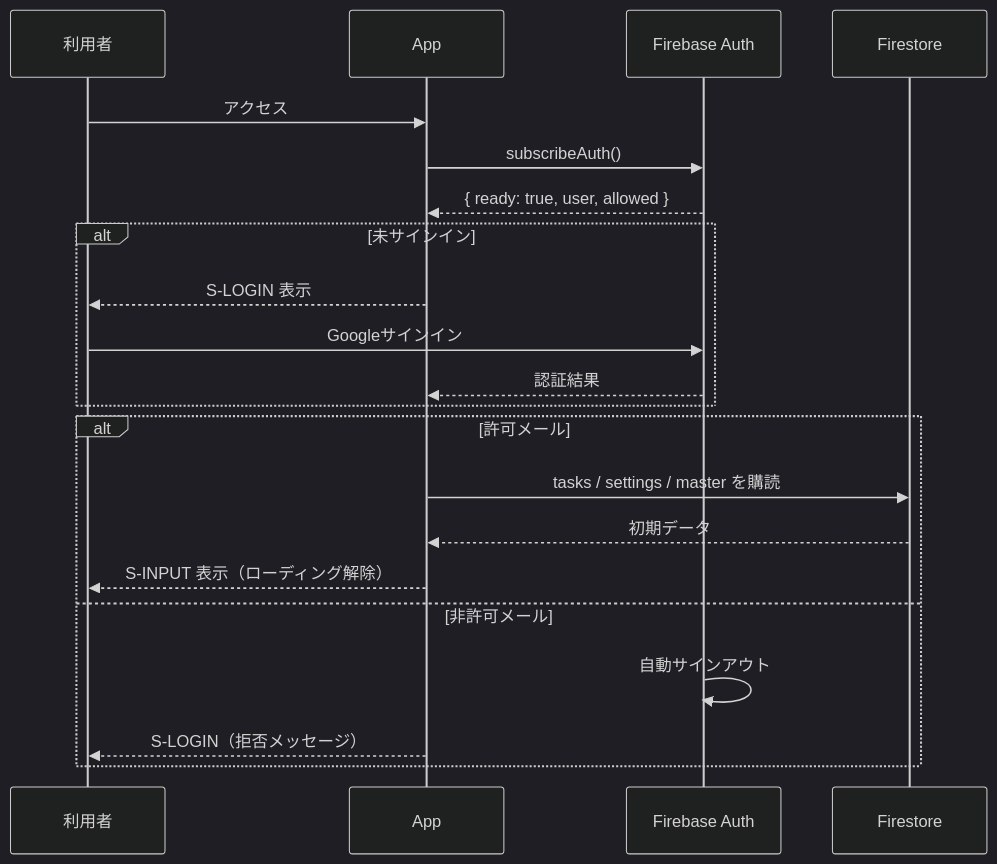
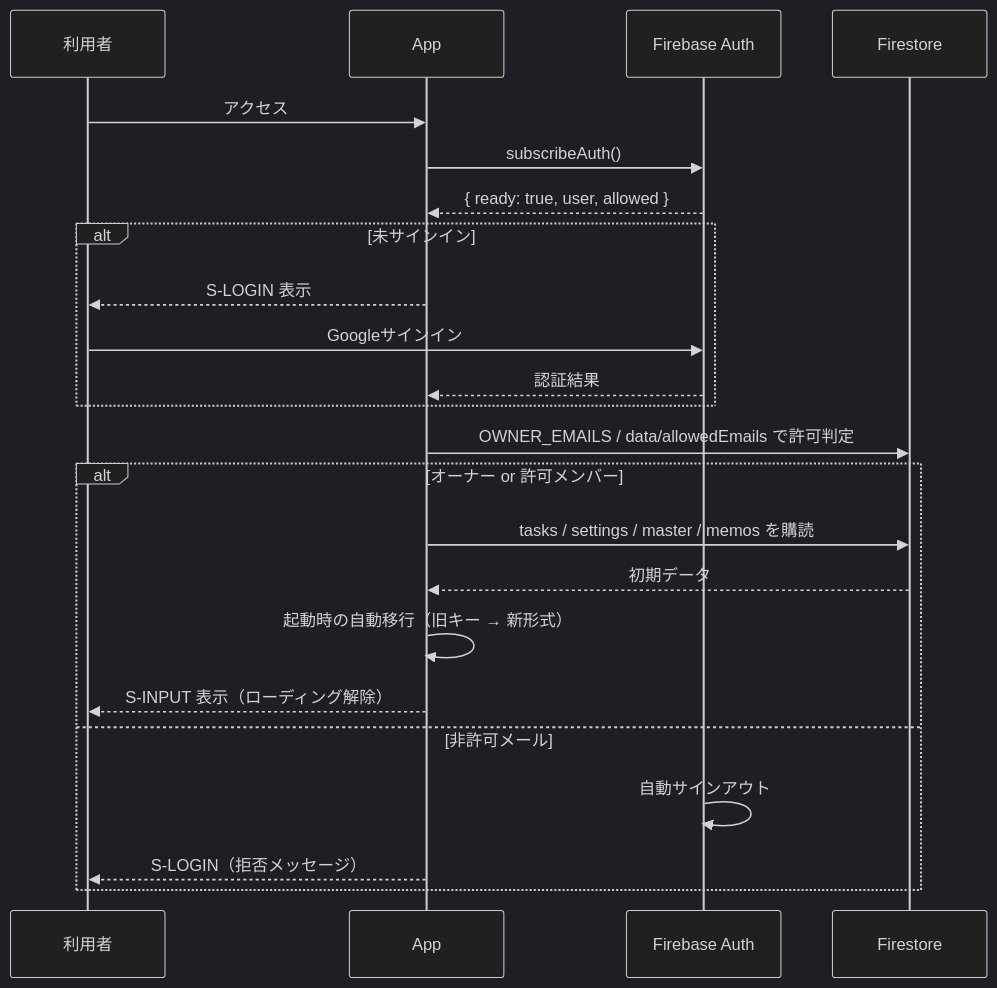
One commit to NAKAMUAR/koutei-zu changed the eighth of 8 diagrams in docs/05_画面遷移図.md. Above: the diagram before and after it, drawn with Mermaid (dark theme). The commit also changed other lines of this file and 5 other files, not shown here.

````diff
--- a/docs/05_画面遷移図.md
+++ b/docs/05_画面遷移図.md
@@ -187,24 +280,26 @@
 ```mermaid
 sequenceDiagram
     participant U as 利用者
     participant App as App
     participant Auth as Firebase Auth
     participant FS as Firestore
 
     U->>App: アクセス
     App->>Auth: subscribeAuth()
     Auth-->>App: { ready: true, user, allowed }
     alt 未サインイン
         App-->>U: S-LOGIN 表示
         U->>Auth: Googleサインイン
         Auth-->>App: 認証結果
     end
-    alt 許可メール
-        App->>FS: tasks / settings / master を購読
+    App->>FS: OWNER_EMAILS / data/allowedEmails で許可判定
+    alt オーナー or 許可メンバー
+        App->>FS: tasks / settings / master / memos を購読
         FS-->>App: 初期データ
+        App->>App: 起動時の自動移行（旧キー → 新形式）
         App-->>U: S-INPUT 表示（ローディング解除）
     else 非許可メール
         Auth->>Auth: 自動サインアウト
         App-->>U: S-LOGIN（拒否メッセージ）
     end
 ```
````
